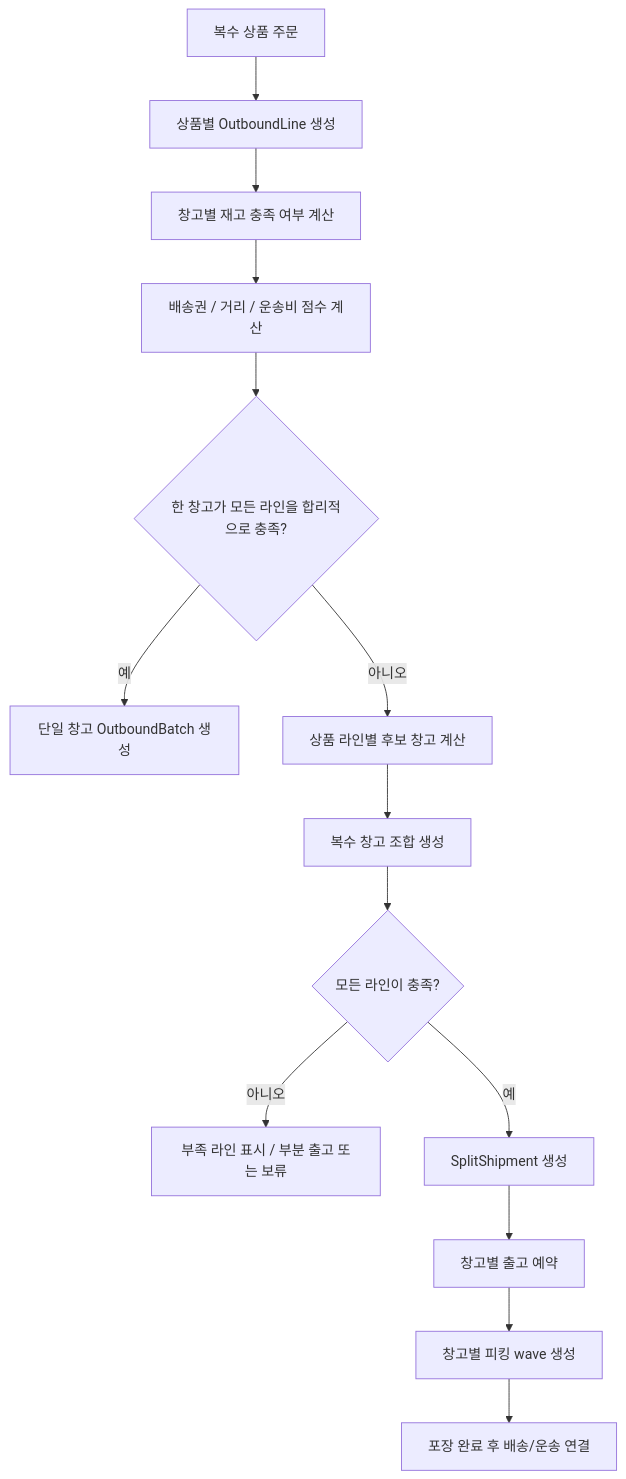
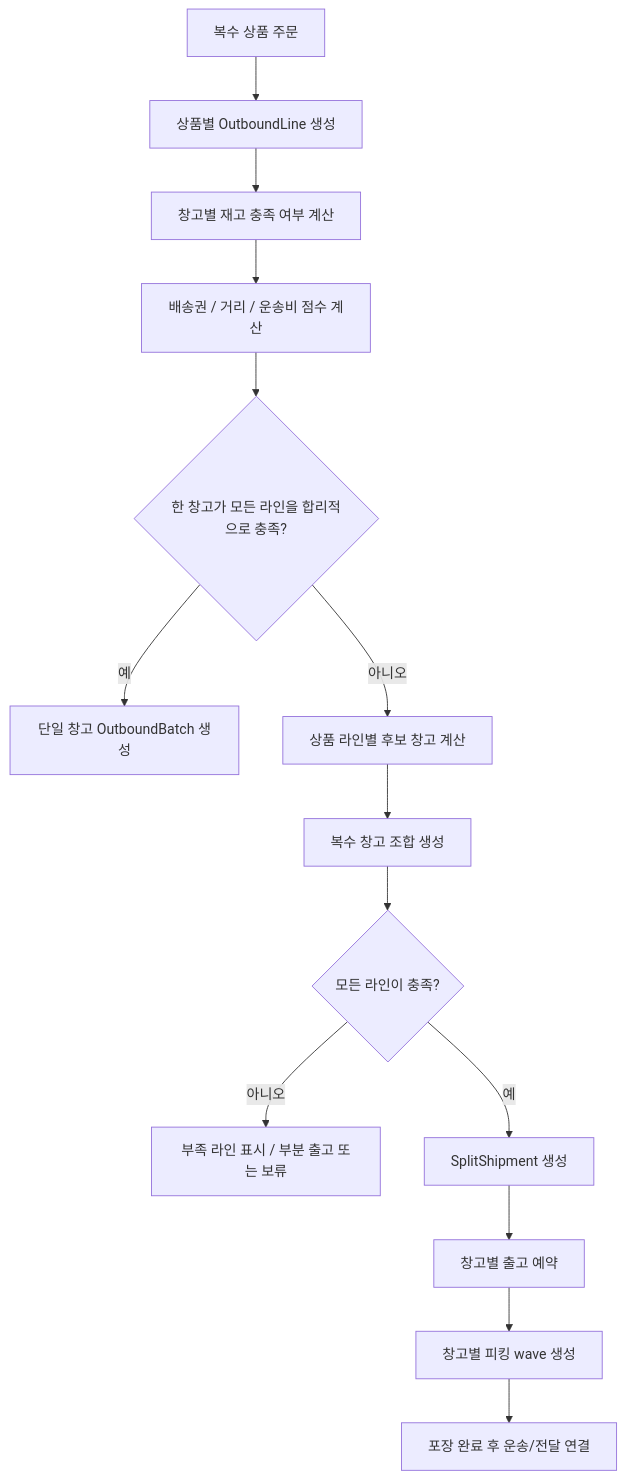
Before and after one commit to cheolwo/hongdal: the third of 3 diagrams in docs/Architecture/OutboundBatchEngine.md, drawn with Mermaid. The commit also changed 8 other files, not shown here.

````diff
--- a/docs/Architecture/OutboundBatchEngine.md
+++ b/docs/Architecture/OutboundBatchEngine.md
@@ -118,16 +118,16 @@
 ```mermaid
 flowchart TD
     A["복수 상품 주문"] --> B["상품별 OutboundLine 생성"]
     B --> C["창고별 재고 충족 여부 계산"]
     C --> D["배송권 / 거리 / 운송비 점수 계산"]
     D --> E{"한 창고가 모든 라인을 합리적으로 충족?"}
     E -->|예| F["단일 창고 OutboundBatch 생성"]
     E -->|아니오| G["상품 라인별 후보 창고 계산"]
     G --> H["복수 창고 조합 생성"]
     H --> I{"모든 라인이 충족?"}
     I -->|아니오| X["부족 라인 표시 / 부분 출고 또는 보류"]
     I -->|예| J["SplitShipment 생성"]
     J --> K["창고별 출고 예약"]
     K --> L["창고별 피킹 wave 생성"]
-    L --> M["포장 완료 후 배송/운송 연결"]
+    L --> M["포장 완료 후 운송/전달 연결"]
 ```
````
